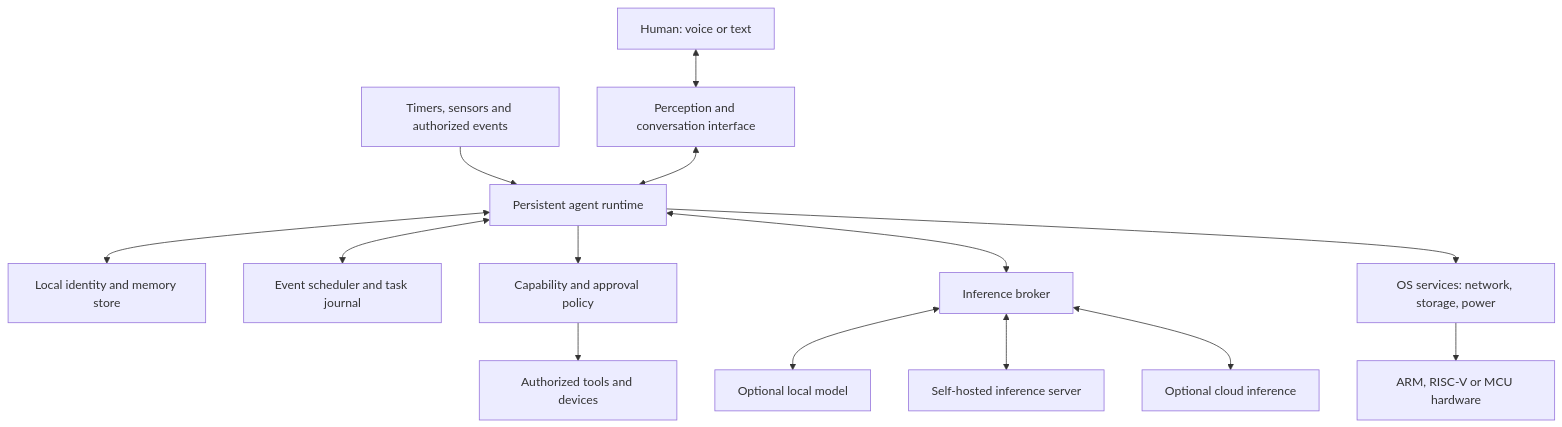
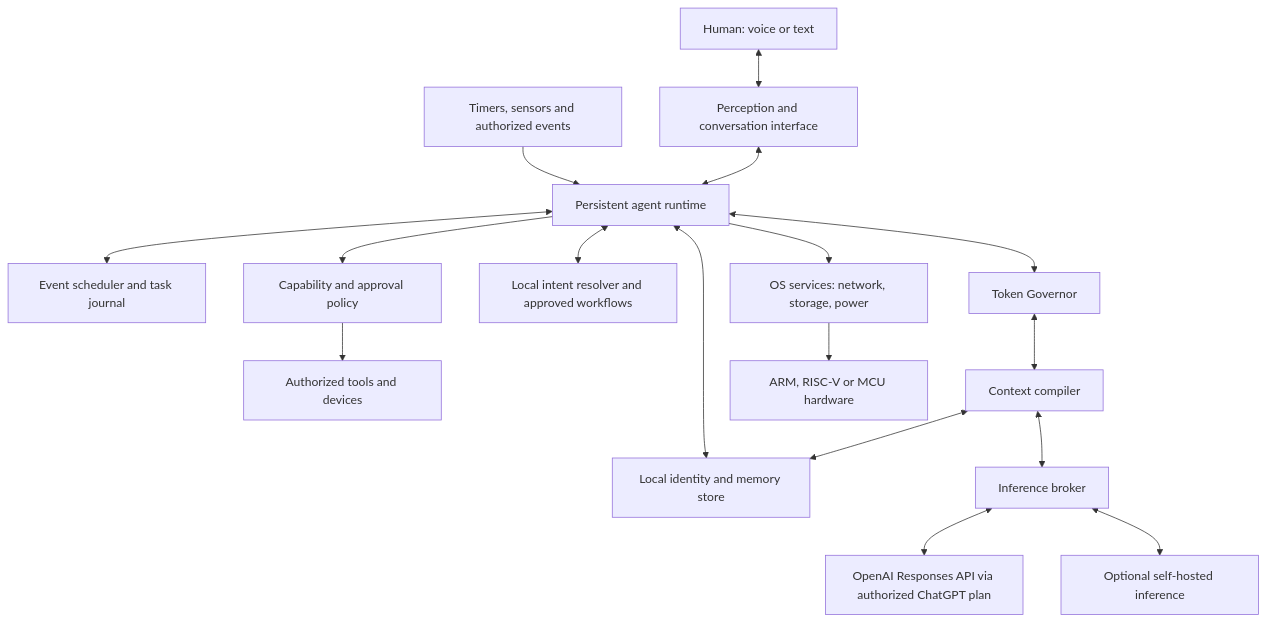
One commit to idmfrank/atomos changed the diagram in README.md. Above: the diagram before and after it, drawn with Mermaid. The commit also changed other lines of this file, not shown here.

Commit message:
docs: establish OpenAI-native inference and token efficiency requirements

````diff
--- a/README.md
+++ b/README.md
@@ -29,16 +32,19 @@
 ```mermaid
 flowchart TD
     U[Human: voice or text] <--> P[Perception and conversation interface]
     E[Timers, sensors and authorized events] --> R
     P <--> R[Persistent agent runtime]
     R <--> M[Local identity and memory store]
     R <--> S[Event scheduler and task journal]
     R --> A[Capability and approval policy]
     A --> T[Authorized tools and devices]
-    R <--> B[Inference broker]
-    B <--> L[Optional local model]
-    B <--> H[Self-hosted inference server]
-    B <--> C[Optional cloud inference]
+    R <--> D[Local intent resolver and approved workflows]
+    R <--> G[Token Governor]
+    G <--> X[Context compiler]
+    X <--> M
+    X <--> B[Inference broker]
+    B <--> C[OpenAI Responses API via authorized ChatGPT plan]
+    B <--> H[Optional self-hosted inference]
     R --> O[OS services: network, storage, power]
     O --> HW[ARM, RISC-V or MCU hardware]
 ```
````
